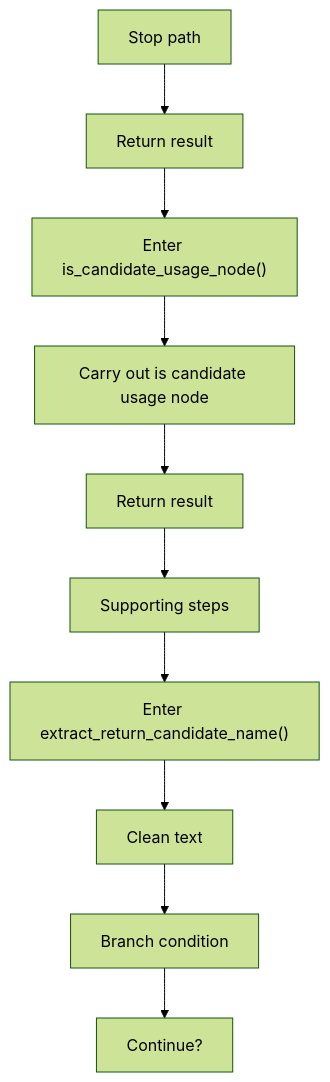
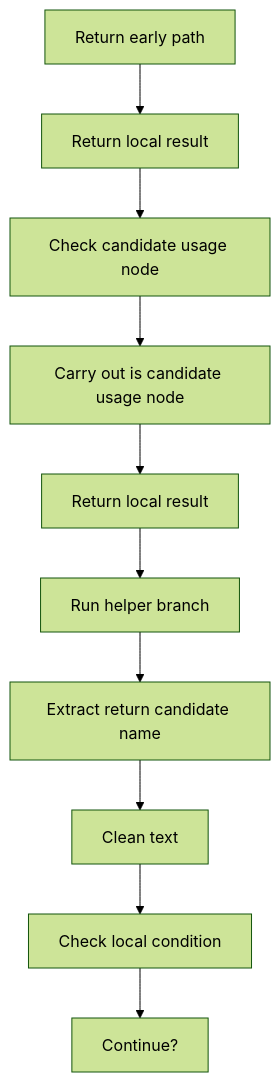
One commit to JohnAndrewBalbarosa/NeoTerritory changed the eighth of 9 diagrams in docs/Codebase/Microservice/Modules/Source/Analysis/ImplementationUse/Resolution/Symbols/Resolve/Flow/symbols_utils_program_flow.cpp.md. Above: the diagram before and after it, drawn with Mermaid (forest theme). The commit also changed other lines of this file and 925 other files, not shown here.

````diff
--- a/docs/Codebase/Microservice/Modules/Source/Analysis/ImplementationUse/Resolution/Symbols/Resolve/Flow/symbols_utils_program_flow.cpp.md
+++ b/docs/Codebase/Microservice/Modules/Source/Analysis/ImplementationUse/Resolution/Symbols/Resolve/Flow/symbols_utils_program_flow.cpp.md
@@ -197,22 +197,22 @@
 ```mermaid
 flowchart TD
-    N0["Stop path"]
-    N1["Return result"]
-    N2["Enter is_candidate_usage_node()"]
+    N0["Return early path"]
+    N1["Return local result"]
+    N2["Check candidate usage node"]
     N3["Carry out is candidate usage node"]
-    N4["Return result"]
-    N5["Supporting steps"]
-    N6["Enter extract_return_candidate_name()"]
+    N4["Return local result"]
+    N5["Run helper branch"]
+    N6["Extract return candidate name"]
     N7["Clean text"]
-    N8["Branch condition"]
+    N8["Check local condition"]
     N9["Continue?"]
     N0 --> N1
     N1 --> N2
     N2 --> N3
     N3 --> N4
     N4 --> N5
     N5 --> N6
     N6 --> N7
     N7 --> N8
     N8 --> N9
 ```
````
